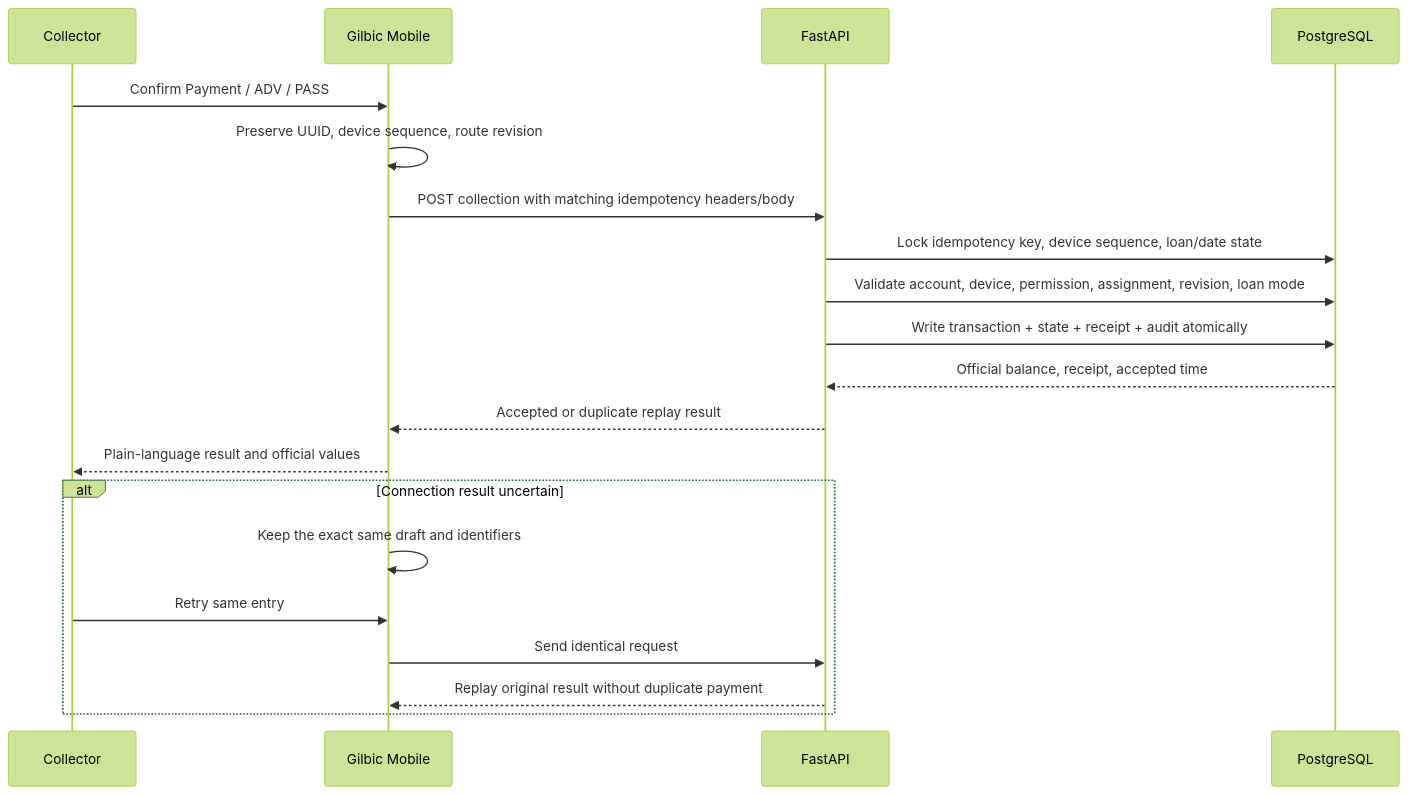
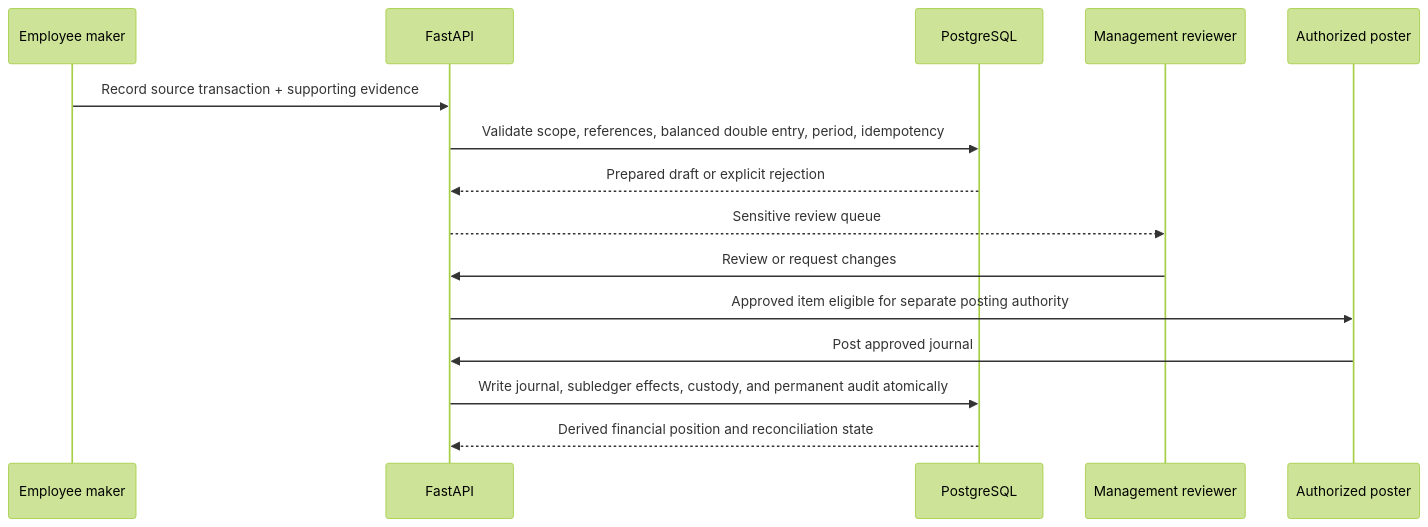
One commit to GILBIC/spina-lending-app changed the fourth of 4 diagrams in docs/architecture/system-map.md. Above: the diagram before and after it, drawn with Mermaid (forest theme). The commit also changed other lines of this file and 8 other files, not shown here.

````diff
--- a/docs/architecture/system-map.md
+++ b/docs/architecture/system-map.md
@@ -258,24 +172,18 @@
 ```mermaid
 sequenceDiagram
-    participant U as Collector
-    participant M as Gilbic Mobile
+    participant E as Employee maker
     participant A as FastAPI
     participant P as PostgreSQL
+    participant M as Management reviewer
+    participant C as Authorized poster
 
-    U->>M: Confirm Payment / ADV / PASS
-    M->>M: Preserve UUID, device sequence, route revision
-    M->>A: POST collection with matching idempotency headers/body
-    A->>P: Lock idempotency key, device sequence, loan/date state
-    A->>P: Validate account, device, permission, assignment, revision, loan mode
-    A->>P: Write transaction + state + receipt + audit atomically
-    P-->>A: Official balance, receipt, accepted time
-    A-->>M: Accepted or duplicate replay result
-    M-->>U: Plain-language result and official values
-
-    alt Connection result uncertain
-        M->>M: Keep the exact same draft and identifiers
-        U->>M: Retry same entry
-        M->>A: Send identical request
-        A-->>M: Replay original result without duplicate payment
-    end
+    E->>A: Record source transaction + supporting evidence
+    A->>P: Validate scope, references, balanced double entry, period, idempotency
+    P-->>A: Prepared draft or explicit rejection
+    A-->>M: Sensitive review queue
+    M->>A: Review or request changes
+    A->>C: Approved item eligible for separate posting authority
+    C->>A: Post approved journal
+    A->>P: Write journal, subledger effects, custody, and permanent audit atomically
+    P-->>A: Derived financial position and reconciliation state
 ```
````
